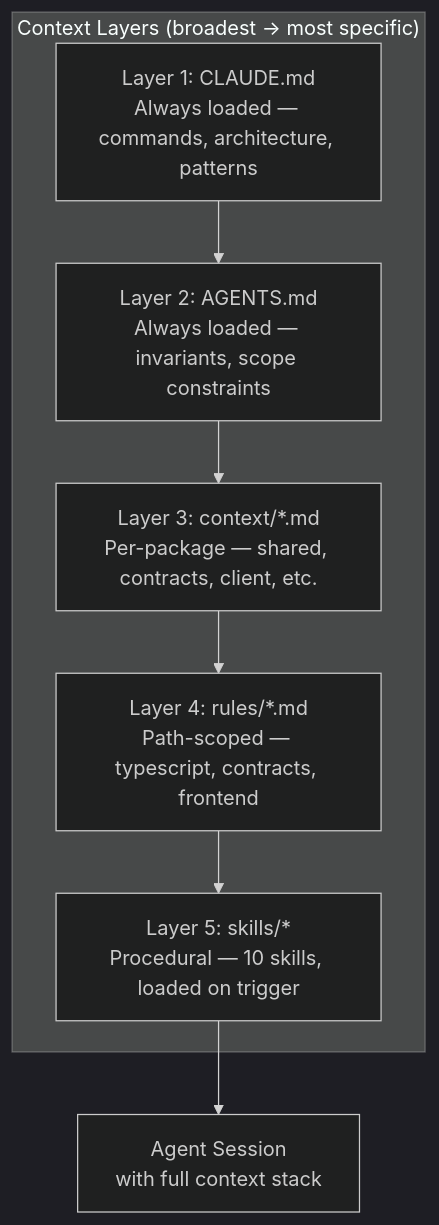
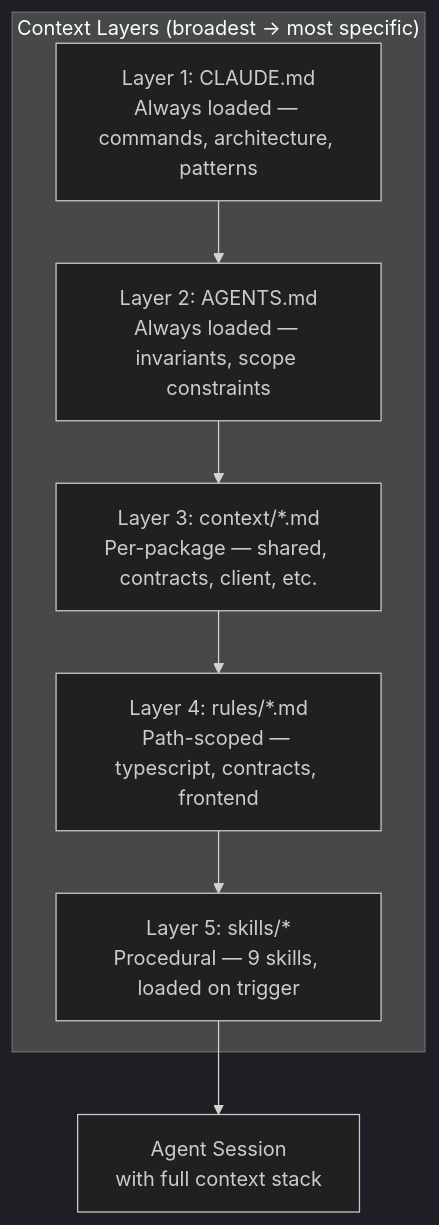
Before and after one commit to greenpill-dev-guild/green-goods: the diagram in docs/docs/builders/agentic/context-engineering.mdx, drawn with Mermaid (dark theme). The commit also changed other lines of this file and 37 other files, not shown here.

````diff
--- a/docs/docs/builders/agentic/context-engineering.mdx
+++ b/docs/docs/builders/agentic/context-engineering.mdx
@@ -23,14 +23,14 @@
 ```mermaid
 graph TB
     subgraph Layers["Context Layers (broadest → most specific)"]
         L1["Layer 1: CLAUDE.md\nAlways loaded — commands, architecture, patterns"]
         L2["Layer 2: AGENTS.md\nAlways loaded — invariants, scope constraints"]
         L3["Layer 3: context/*.md\nPer-package — shared, contracts, client, etc."]
         L4["Layer 4: rules/*.md\nPath-scoped — typescript, contracts, frontend"]
-        L5["Layer 5: skills/*\nProcedural — 10 skills, loaded on trigger"]
+        L5["Layer 5: skills/*\nProcedural — 9 skills, loaded on trigger"]
     end
 
     L1 --> L2 --> L3 --> L4 --> L5
 
     L5 --> Agent["Agent Session\nwith full context stack"]
 ```
````
